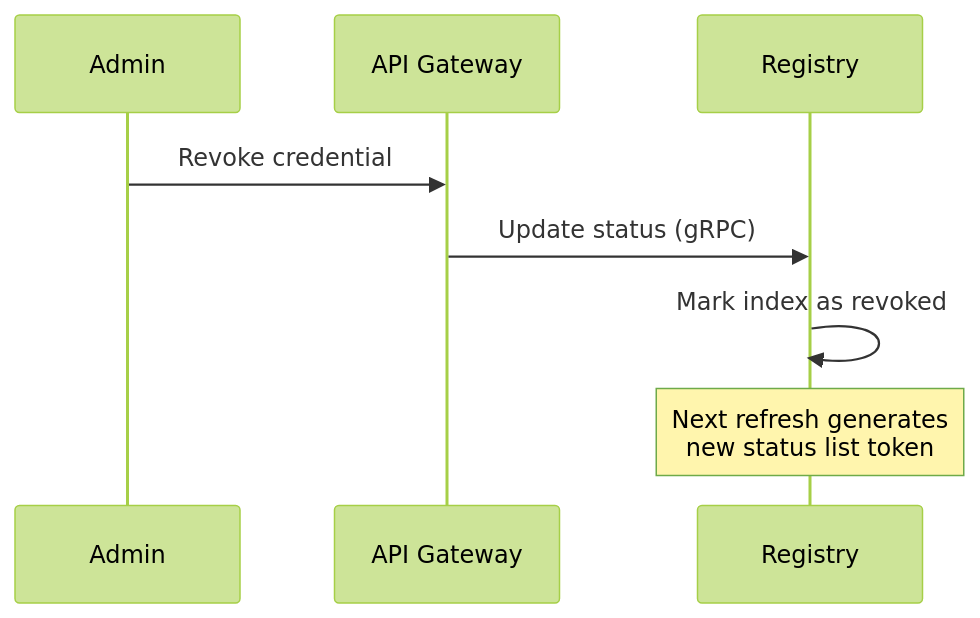
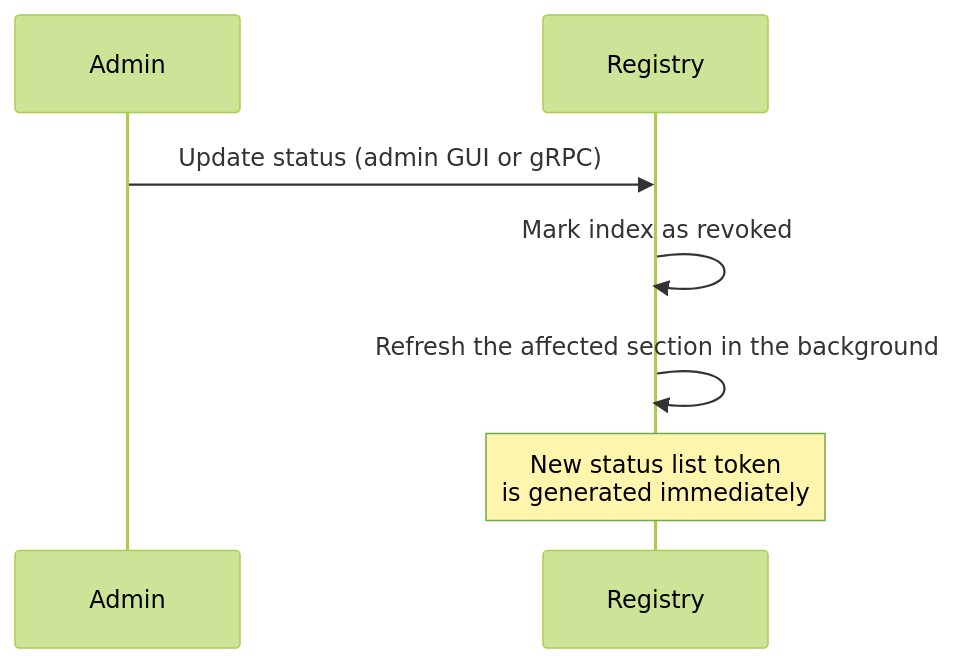
The second of 3 diagrams in docs/sirosid/reference/token-status-lists.md (sirosfoundation/docs), drawn with Mermaid (forest theme) before and after one commit. The commit also changed other lines of this file and 15 other files, not shown here.

````diff
--- a/docs/sirosid/reference/token-status-lists.md
+++ b/docs/sirosid/reference/token-status-lists.md
@@ -144,11 +152,10 @@
 ```mermaid
 sequenceDiagram
     participant Admin
-    participant APIGW as API Gateway
     participant Registry
-    
-    Admin->>APIGW: Revoke credential
-    APIGW->>Registry: Update status (gRPC)
+
+    Admin->>Registry: Update status (admin GUI or gRPC)
     Registry->>Registry: Mark index as revoked
-    Note over Registry: Next refresh generates<br/>new status list token
+    Registry->>Registry: Refresh the affected section in the background
+    Note over Registry: New status list token<br/>is generated immediately
 ```
````
